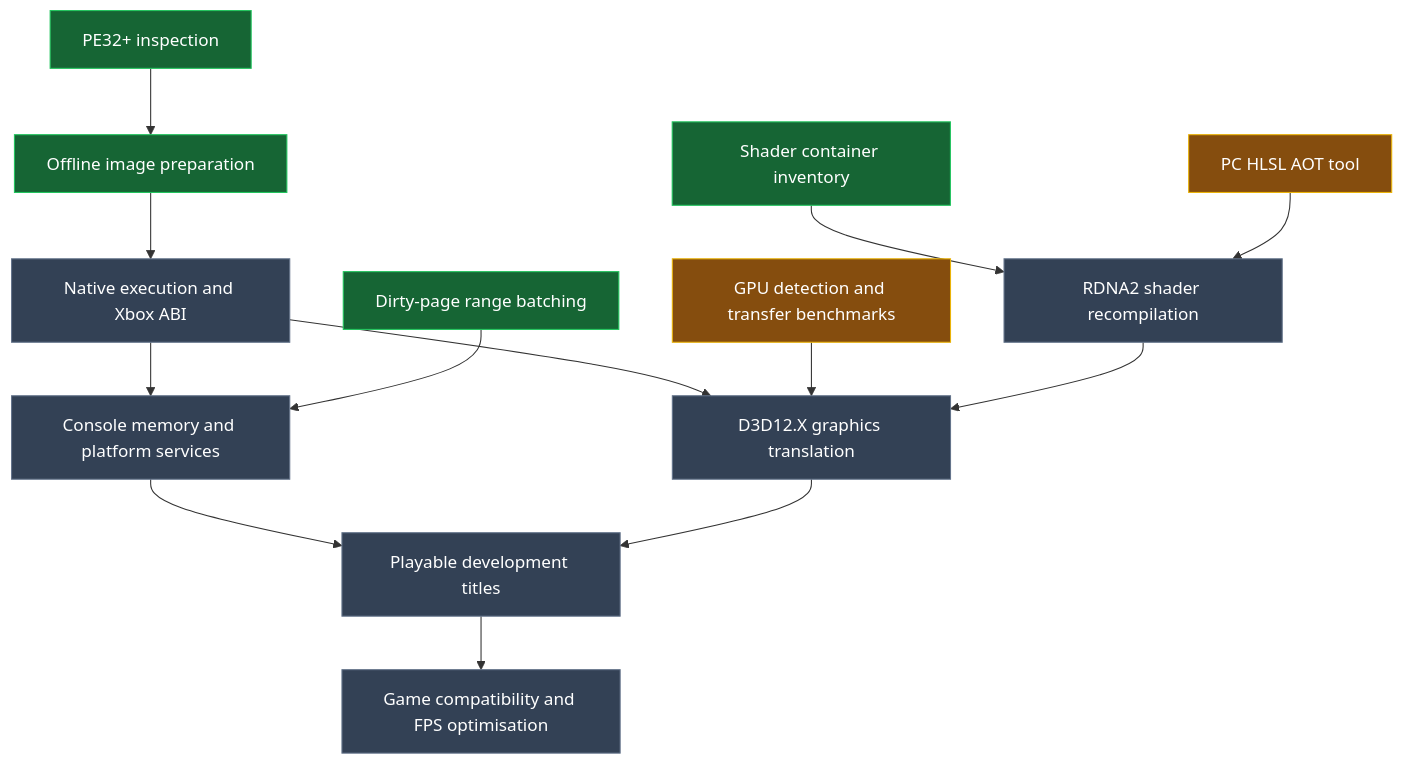
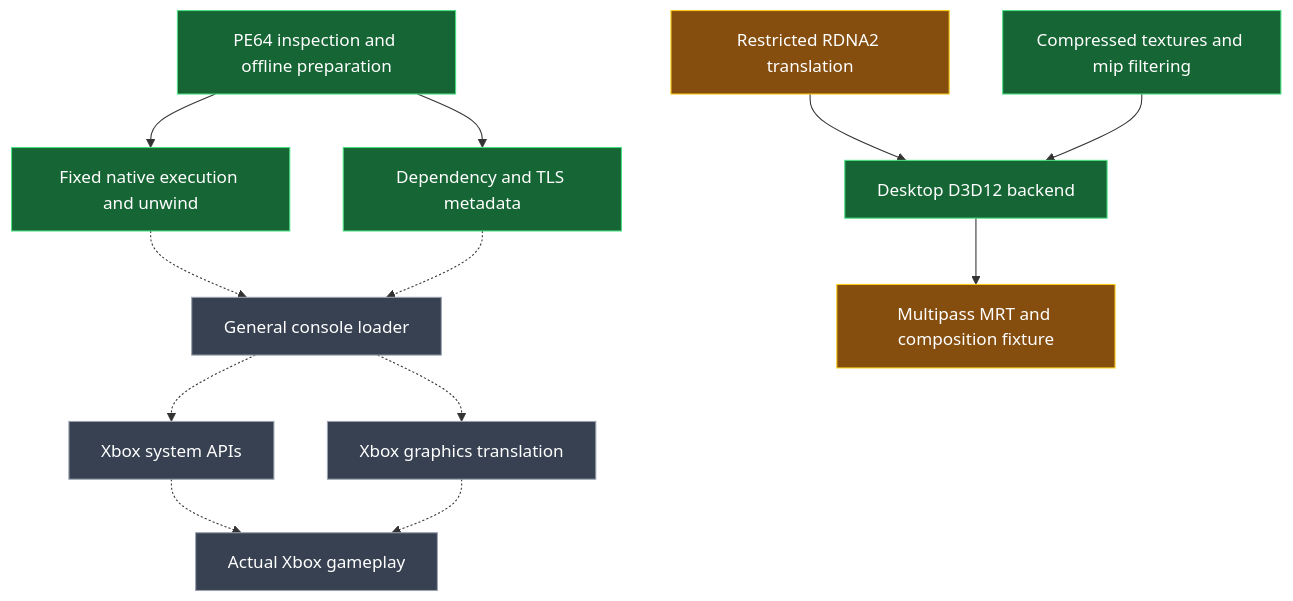
The first of 2 diagrams in README.md (RickyDivjakovski/Revenge), drawn with Mermaid before and after one commit. The commit also changed other lines of this file and 178 other files, not shown here.

Commit message:
updates to graphics rendering + more

````diff
--- a/README.md
+++ b/README.md
@@ -54,21 +39,18 @@
 ```mermaid
 flowchart TD
-    A[PE32+ inspection] --> B[Offline image preparation]
-    B --> C[Native execution and Xbox ABI]
-    C --> D[Console memory and platform services]
-    C --> E[D3D12.X graphics translation]
-    F[Shader container inventory] --> G[RDNA2 shader recompilation]
-    H[PC HLSL AOT tool] --> G
-    I[GPU detection and transfer benchmarks] --> E
-    J[Dirty-page range batching] --> D
-    G --> E
-    D --> K[Playable development titles]
-    E --> K
-    K --> L[Game compatibility and FPS optimisation]
-    classDef tested fill:#166534,stroke:#22c55e,color:#ffffff;
-    classDef pending fill:#854d0e,stroke:#eab308,color:#ffffff;
-    classDef planned fill:#334155,stroke:#64748b,color:#ffffff;
-    class A,B,F,J tested;
-    class H,I pending;
-    class C,D,E,G,K,L planned;
+    A[PE64 inspection and offline preparation]:::tested --> B[Fixed native execution and unwind]:::tested
+    A --> C[Dependency and TLS metadata]:::tested
+    B -.-> D[General console loader]:::planned
+    C -.-> D
+    E[Restricted RDNA2 translation]:::partial --> F[Desktop D3D12 backend]:::tested
+    G[Compressed textures and mip filtering]:::tested --> F
+    F --> H[Multipass MRT and composition fixture]:::pending
+    D -.-> I[Xbox system APIs]:::planned
+    D -.-> J[Xbox graphics translation]:::planned
+    I -.-> K[Actual Xbox gameplay]:::planned
+    J -.-> K
+    classDef tested fill:#166534,stroke:#4ade80,color:#fff
+    classDef pending fill:#854d0e,stroke:#facc15,color:#fff
+    classDef partial fill:#854d0e,stroke:#facc15,color:#fff
+    classDef planned fill:#374151,stroke:#9ca3af,color:#fff
 ```
````
